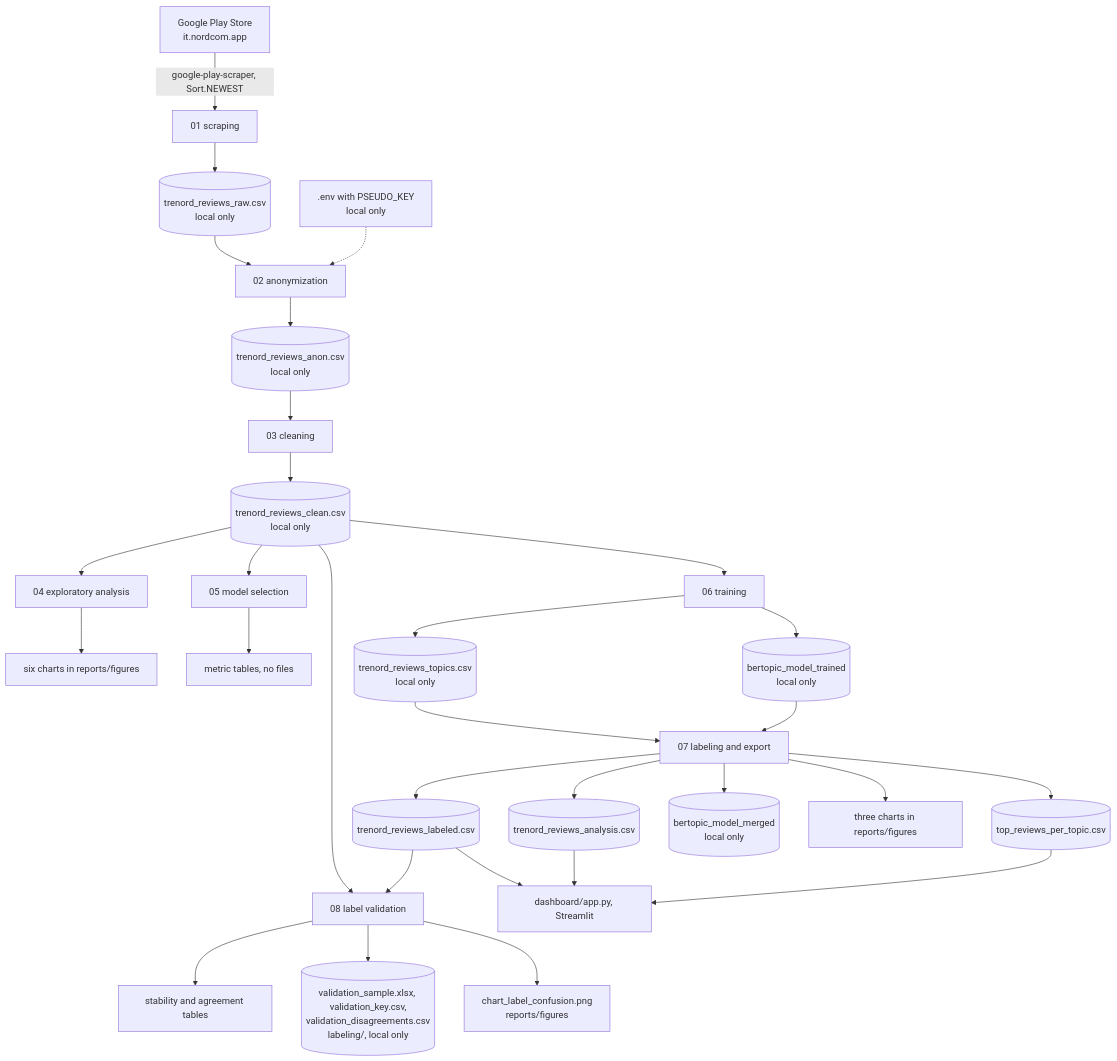
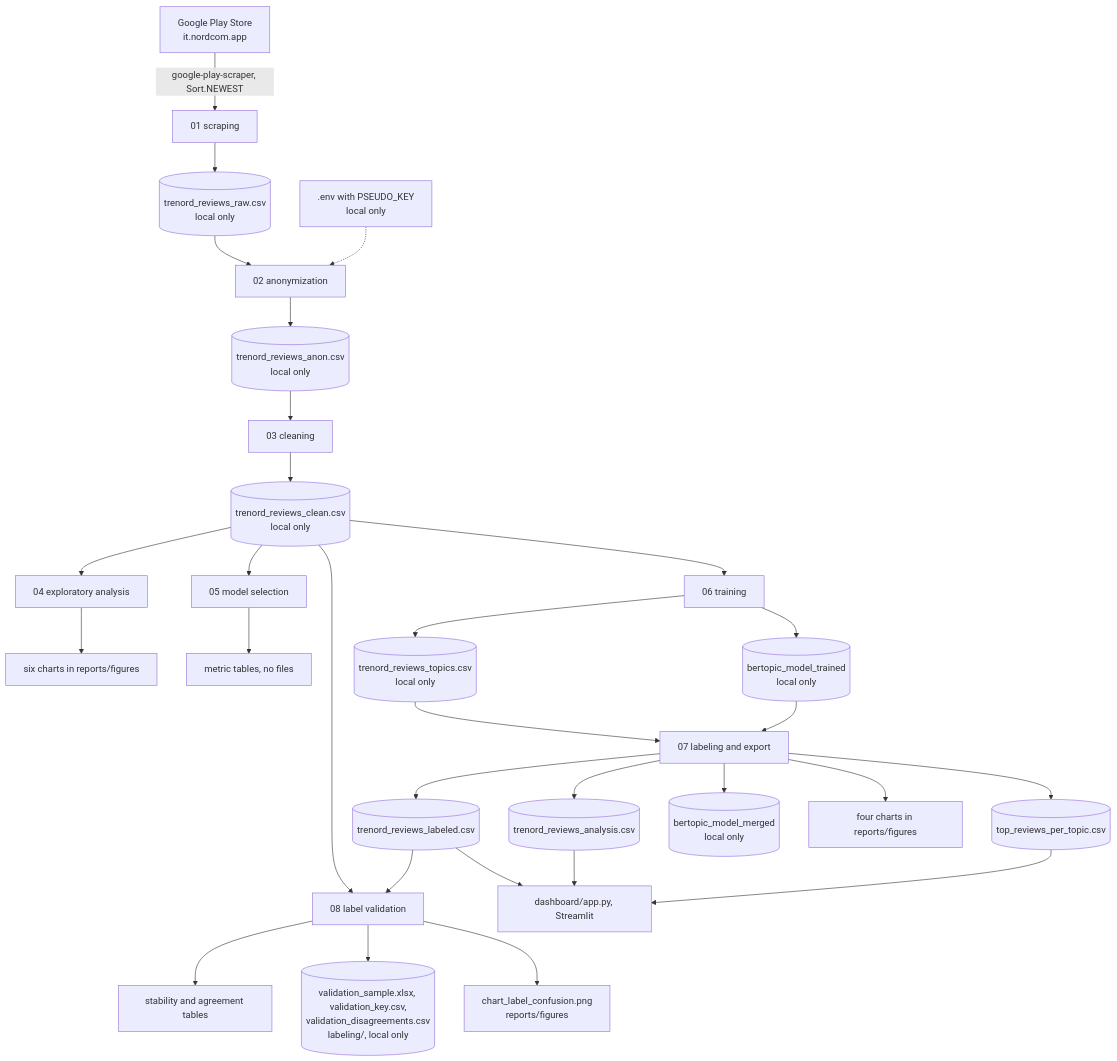
Before and after one commit to paolotroia-datavizlab/trenord-reviews-bertopic: the diagram in docs/architecture.md, drawn with Mermaid. The commit also changed other lines of this file and 10 other files, not shown here.

First line of the commit message:
Shorten the notebook markdown, add the priority chart and the recommendations to 07

````diff
--- a/docs/architecture.md
+++ b/docs/architecture.md
@@ -33,32 +33,32 @@
 ```mermaid
 flowchart TD
     PS["Google Play Store<br/>it.nordcom.app"] -->|"google-play-scraper, Sort.NEWEST"| N01["01 scraping"]
     N01 --> RAW[("trenord_reviews_raw.csv<br/>local only")]
     RAW --> N02["02 anonymization"]
     ENV[".env with PSEUDO_KEY<br/>local only"] -.-> N02
     N02 --> ANON[("trenord_reviews_anon.csv<br/>local only")]
     ANON --> N03["03 cleaning"]
     N03 --> CLEAN[("trenord_reviews_clean.csv<br/>local only")]
     CLEAN --> N04["04 exploratory analysis"]
     N04 --> PNG["six charts in reports/figures"]
     CLEAN --> N05["05 model selection"]
     N05 --> TABLES["metric tables, no files"]
     CLEAN --> N06["06 training"]
     N06 --> TOPICS[("trenord_reviews_topics.csv<br/>local only")]
     N06 --> MODEL[("bertopic_model_trained<br/>local only")]
     TOPICS --> N07["07 labeling and export"]
     MODEL --> N07
     N07 --> LAB[("trenord_reviews_labeled.csv")]
     N07 --> ANA[("trenord_reviews_analysis.csv")]
     N07 --> TOP[("top_reviews_per_topic.csv")]
     N07 --> FINAL[("bertopic_model_merged<br/>local only")]
-    N07 --> PNG2["three charts in reports/figures"]
+    N07 --> PNG2["four charts in reports/figures"]
     CLEAN --> N08["08 label validation"]
     LAB --> N08
     N08 --> STAB["stability and agreement tables"]
     N08 --> SAMPLE[("validation_sample.xlsx, validation_key.csv,<br/>validation_disagreements.csv<br/>labeling/, local only")]
     N08 --> PNG3["chart_label_confusion.png<br/>reports/figures"]
     LAB --> DASH["dashboard/app.py, Streamlit"]
     ANA --> DASH
     TOP --> DASH
 ```
````
